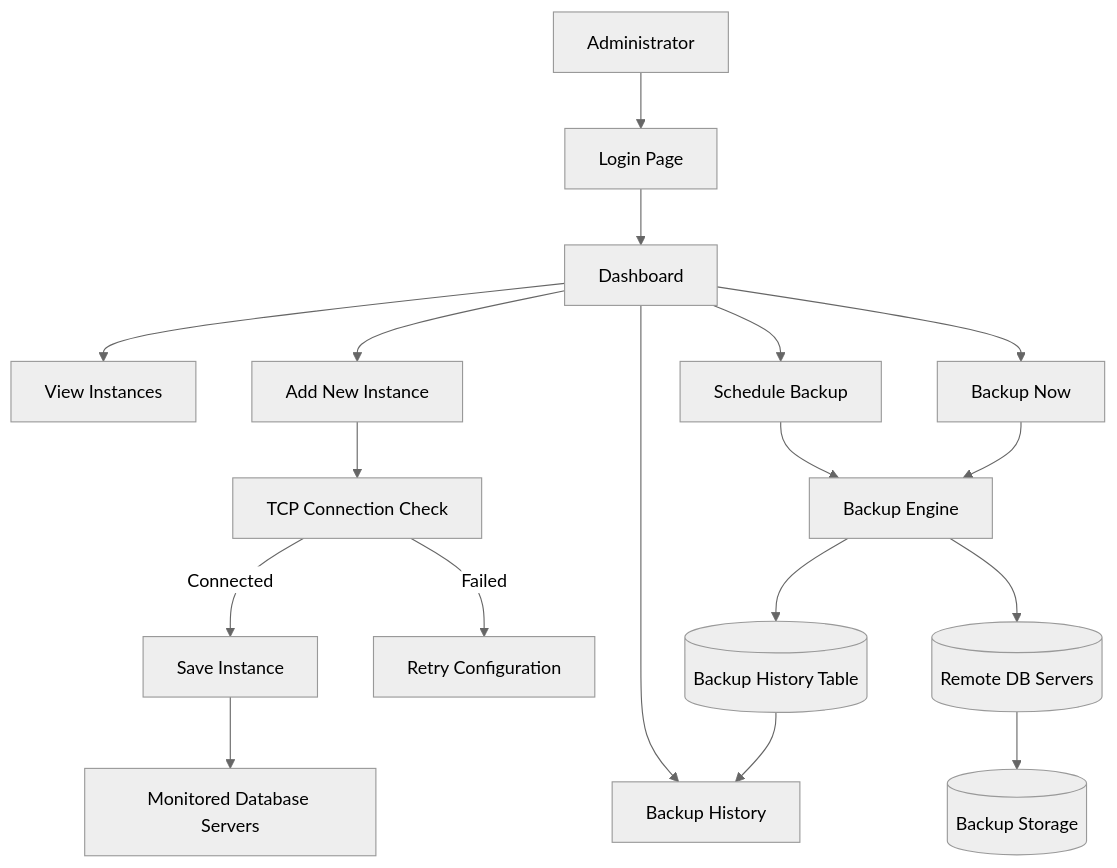
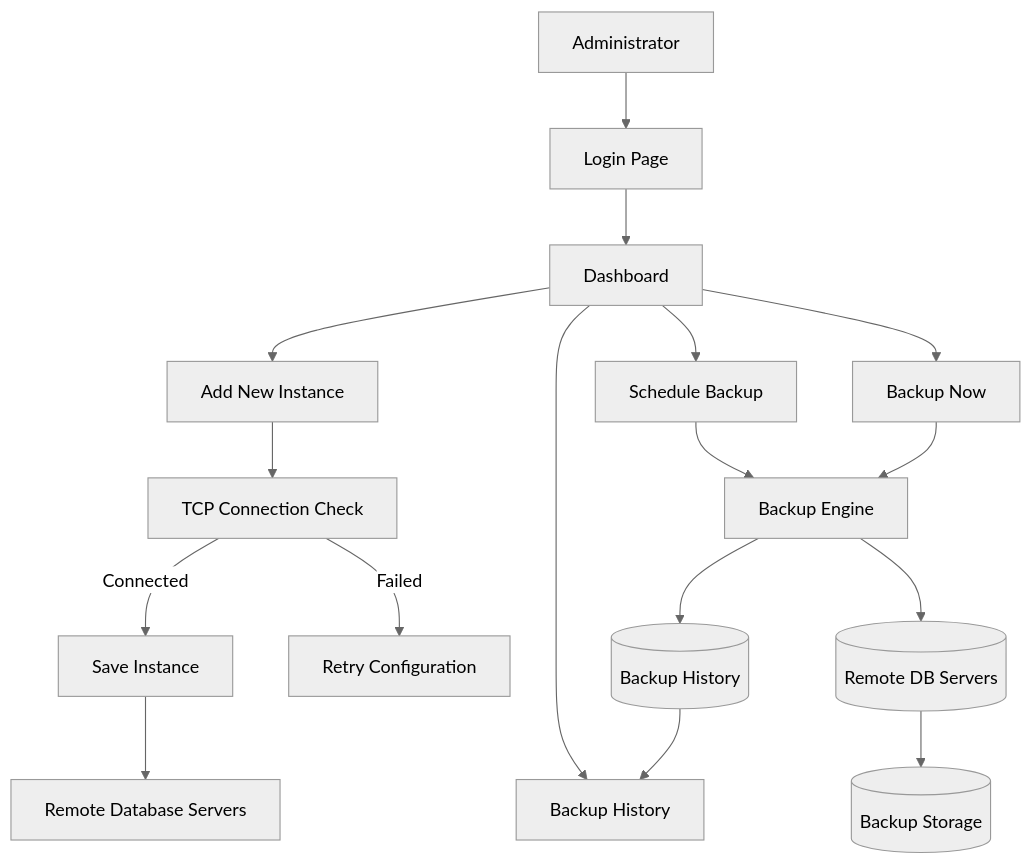
The diagram in README.md (shreya-mishra325/Backup-Monitoring-System), drawn with Mermaid (neutral theme) before and after one commit. The commit also changed other lines of this file, not shown here.

````diff
--- a/README.md
+++ b/README.md
@@ -101,35 +64,30 @@
 ```mermaid
 flowchart TD
 
     User[Administrator]
 
     User --> Login[Login Page]
-
     Login --> Dashboard[Dashboard]
 
-    Dashboard --> ViewInstances[View Instances]
     Dashboard --> AddInstance[Add New Instance]
     Dashboard --> BackupHistory[Backup History]
 
     AddInstance --> ConnectionCheck[TCP Connection Check]
 
     ConnectionCheck -->|Connected| SaveInstance[Save Instance]
     ConnectionCheck -->|Failed| Retry[Retry Configuration]
 
-    SaveInstance --> MonitoredServers[Monitored Database Servers]
+    SaveInstance --> MonitoredServers[Remote Database Servers]
 
     Dashboard --> ScheduleBackup[Schedule Backup]
     Dashboard --> BackupNow[Backup Now]
 
     ScheduleBackup --> BackupEngine[Backup Engine]
     BackupNow --> BackupEngine
 
     BackupEngine --> RemoteServers[(Remote DB Servers)]
-
     RemoteServers --> BackupStorage[(Backup Storage)]
 
-    BackupEngine --> History[(Backup History Table)]
-
+    BackupEngine --> History[(Backup History)]
     History --> BackupHistory
-
 ```
````
